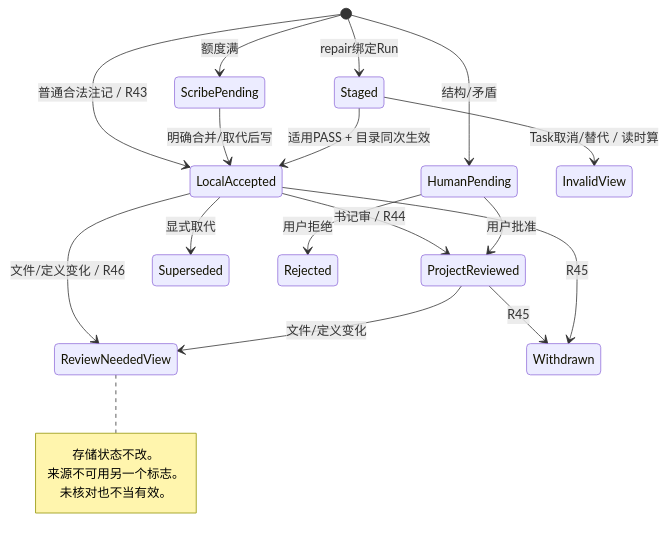
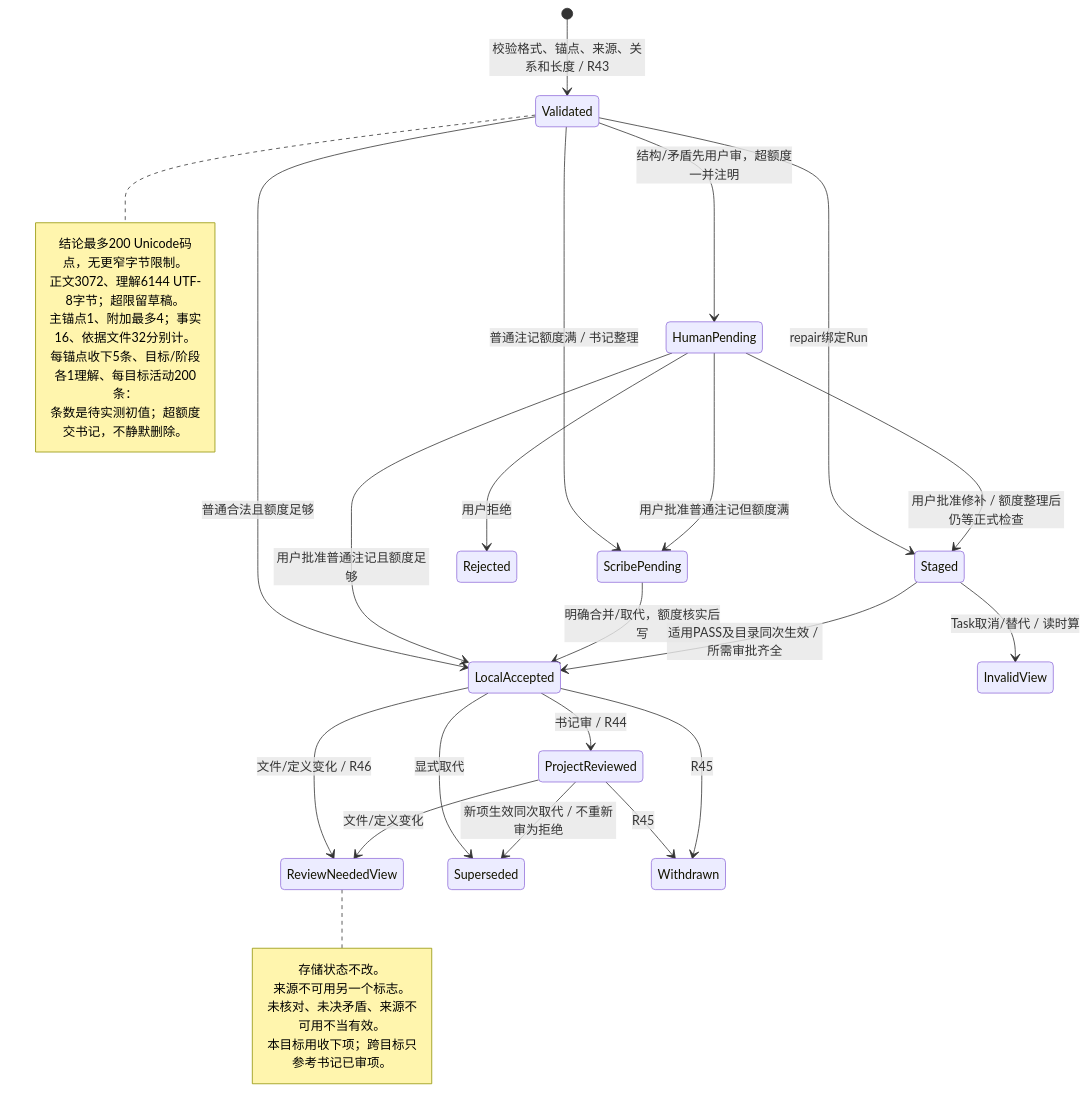
Before and after one commit to hk865/coding-platform: the tenth of 24 diagrams in docs/refactor/design/orchestration-2026-10/model/DIAGRAMS.md, drawn with Mermaid. The commit also changed other lines of this file and 1 other file, not shown here.

First line of the commit message:
docs: freeze the wiring-2 spec (U1 = 甲, L10–L12, test-driven section 5) and bring DIAGRAMS up to decisions 42–49

````diff
--- a/docs/refactor/design/orchestration-2026-10/model/DIAGRAMS.md
+++ b/docs/refactor/design/orchestration-2026-10/model/DIAGRAMS.md
@@ -258,23 +405,35 @@
 ```mermaid
 stateDiagram-v2
-  [*] --> LocalAccepted: 普通合法注记 / R43
-  [*] --> Staged: repair绑定Run
-  [*] --> HumanPending: 结构/矛盾
-  [*] --> ScribePending: 额度满
+  [*] --> Validated: 校验格式、锚点、来源、关系和长度 / R43
+  Validated --> LocalAccepted: 普通合法且额度足够
+  Validated --> Staged: repair绑定Run
+  Validated --> HumanPending: 结构/矛盾先用户审，超额度一并注明
+  Validated --> ScribePending: 普通注记额度满 / 书记整理
   LocalAccepted --> ProjectReviewed: 书记审 / R44
-  HumanPending --> ProjectReviewed: 用户批准
-  ScribePending --> LocalAccepted: 明确合并/取代后写
-  Staged --> LocalAccepted: 适用PASS + 目录同次生效
+  HumanPending --> ScribePending: 用户批准普通注记但额度满
+  HumanPending --> LocalAccepted: 用户批准普通注记且额度足够
+  HumanPending --> Staged: 用户批准修补 / 额度整理后仍等正式检查
+  ScribePending --> LocalAccepted: 明确合并/取代，额度核实后写
+  Staged --> LocalAccepted: 适用PASS及目录同次生效 / 所需审批齐全
   Staged --> InvalidView: Task取消/替代 / 读时算
   LocalAccepted --> ReviewNeededView: 文件/定义变化 / R46
   ProjectReviewed --> ReviewNeededView: 文件/定义变化
   LocalAccepted --> Superseded: 显式取代
+  ProjectReviewed --> Superseded: 新项生效同次取代 / 不重新审为拒绝
   ProjectReviewed --> Withdrawn: R45
   HumanPending --> Rejected: 用户拒绝
   LocalAccepted --> Withdrawn: R45
+  note right of Validated
+    结论最多200 Unicode码点，无更窄字节限制。
+    正文3072、理解6144 UTF-8字节；超限留草稿。
+    主锚点1、附加最多4；事实16、依据文件32分别计。
+    每锚点收下5条、目标/阶段各1理解、每目标活动200条：
+    条数是待实测初值；超额度交书记，不静默删除。
+  end note
   note right of ReviewNeededView
     存储状态不改。
     来源不可用另一个标志。
-    未核对也不当有效。
+    未核对、未决矛盾、来源不可用不当有效。
+    本目标用收下项；跨目标只参考书记已审项。
   end note
 ```
````
